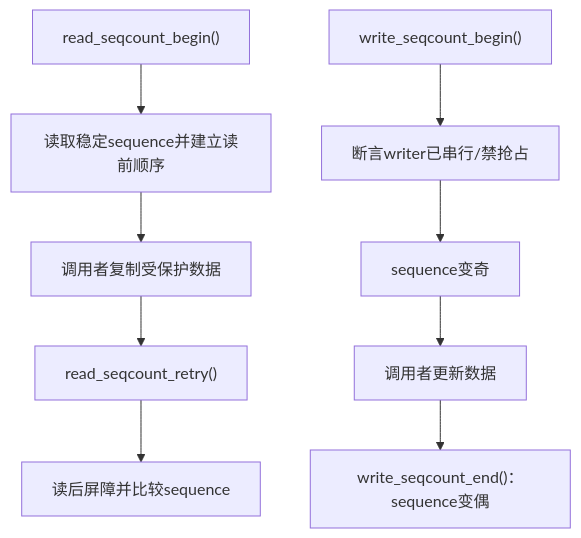
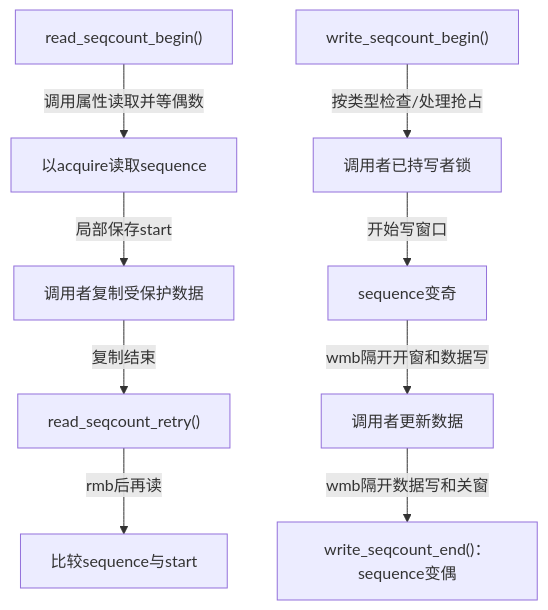
One commit to FormingSystem/linux_note changed the first of 3 diagrams in knowledge/linux/synchronization_and_asynchrony/synchronization/sequence_counters/P03_seqcount读写路径与内存顺序.md. Above: the diagram before and after it, drawn with Mermaid. The commit also changed other lines of this file and 8 other files, not shown here.

````diff
--- a/knowledge/linux/synchronization_and_asynchrony/synchronization/sequence_counters/P03_seqcount读写路径与内存顺序.md
+++ b/knowledge/linux/synchronization_and_asynchrony/synchronization/sequence_counters/P03_seqcount读写路径与内存顺序.md
@@ -18,11 +20,11 @@
 ```mermaid
 flowchart TD
-    R1["read_seqcount_begin()"] --> R2["读取稳定sequence并建立读前顺序"]
-    R2 --> D["调用者复制受保护数据"]
-    D --> R3["read_seqcount_retry()"]
-    R3 --> R4["读后屏障并比较sequence"]
-    W1["write_seqcount_begin()"] --> W2["断言writer已串行/禁抢占"]
-    W2 --> W3["sequence变奇"]
-    W3 --> WD["调用者更新数据"]
-    WD --> W4["write_seqcount_end()：sequence变偶"]
+    R1["read_seqcount_begin()"] -->|调用属性读取并等偶数| R2["以acquire读取sequence"]
+    R2 -->|局部保存start| D["调用者复制受保护数据"]
+    D -->|复制结束| R3["read_seqcount_retry()"]
+    R3 -->|rmb后再读| R4["比较sequence与start"]
+    W1["write_seqcount_begin()"] -->|按类型检查/处理抢占| W2["调用者已持写者锁"]
+    W2 -->|开始写窗口| W3["sequence变奇"]
+    W3 -->|wmb隔开开窗和数据写| WD["调用者更新数据"]
+    WD -->|wmb隔开数据写和关窗| W4["write_seqcount_end()：sequence变偶"]
 ```
````
